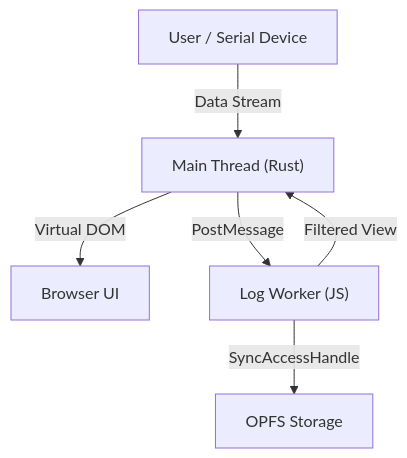
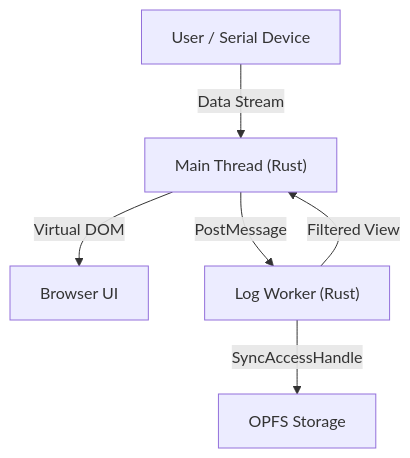
Before and after one commit to imwoo90/web_serial_monitor: the diagram in README.md, drawn with Mermaid. The commit also changed other lines of this file, not shown here.

````diff
--- a/README.md
+++ b/README.md
@@ -45,8 +45,8 @@
 ```mermaid
 graph TD
     User["User / Serial Device"] -->|Data Stream| Main["Main Thread (Rust)"]
     Main -->|Virtual DOM| Browser["Browser UI"]
-    Main -->|PostMessage| Worker["Log Worker (JS)"]
+    Main -->|PostMessage| Worker["Log Worker (Rust)"]
     Worker -->|SyncAccessHandle| OPFS["OPFS Storage"]
     Worker -->|Filtered View| Main
 ```
````
